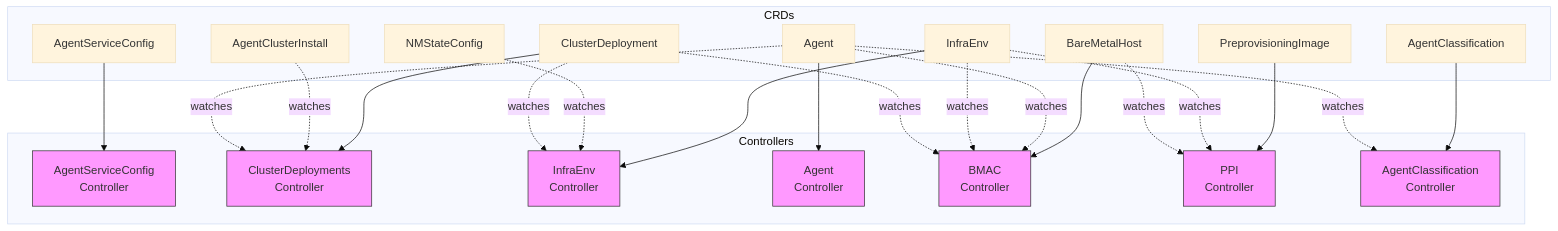
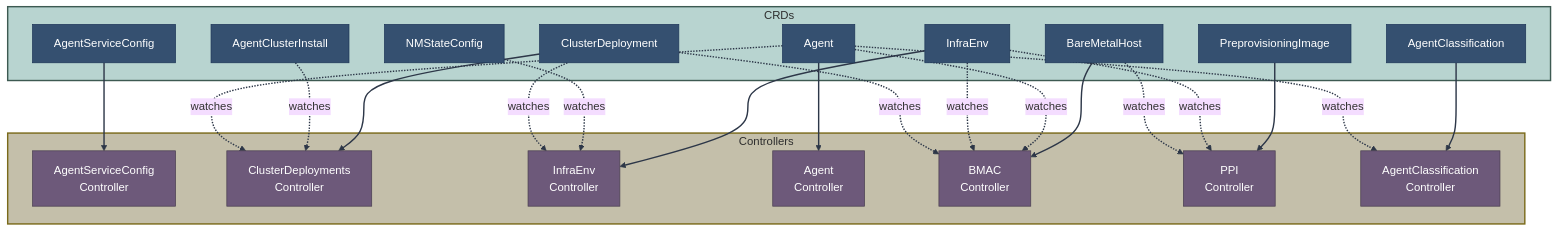
One commit to zszabo-rh/openshift-install-guide changed the seventh of 11 diagrams in 09-diagrams/component-diagrams.md. Above: the diagram before and after it, drawn with Mermaid (base theme). The commit also changed other lines of this file and 16 other files, not shown here.

Commit message:
improved diagram style

````diff
--- a/09-diagrams/component-diagrams.md
+++ b/09-diagrams/component-diagrams.md
@@ -326,56 +438,70 @@
 ```mermaid
 graph TB
-    subgraph "CRDs"
+    subgraph crds["CRDs"]
         ASC[AgentServiceConfig]
         CD[ClusterDeployment]
         ACI[AgentClusterInstall]
         IE[InfraEnv]
         AGENT[Agent]
         BMH[BareMetalHost]
         NMS[NMStateConfig]
         PPI[PreprovisioningImage]
         AC[AgentClassification]
     end
     
-    subgraph "Controllers"
+    subgraph controllers["Controllers"]
         ASCC[AgentServiceConfig<br/>Controller]
         CDC[ClusterDeployments<br/>Controller]
         IEC[InfraEnv<br/>Controller]
         AGENTC[Agent<br/>Controller]
         BMAC[BMAC<br/>Controller]
         PPIC[PPI<br/>Controller]
         ACC[AgentClassification<br/>Controller]
     end
     
     ASC --> ASCC
     
     CD --> CDC
     ACI -.->|watches| CDC
     AGENT -.->|watches| CDC
     
     IE --> IEC
     NMS -.->|watches| IEC
     CD -.->|watches| IEC
     
     AGENT --> AGENTC
     
     BMH --> BMAC
     AGENT -.->|watches| BMAC
     IE -.->|watches| BMAC
     CD -.->|watches| BMAC
     
     PPI --> PPIC
     IE -.->|watches| PPIC
     BMH -.->|watches| PPIC
     
     AC --> ACC
     AGENT -.->|watches| ACC
     
-    style ASCC fill:#f9f,stroke:#333
-    style CDC fill:#f9f,stroke:#333
-    style IEC fill:#f9f,stroke:#333
-    style AGENTC fill:#f9f,stroke:#333
-    style BMAC fill:#f9f,stroke:#333
-    style PPIC fill:#f9f,stroke:#333
-    style ACC fill:#f9f,stroke:#333
+    style ASC fill:#355070,stroke:#1d3557,color:#fff
+    style CD fill:#355070,stroke:#1d3557,color:#fff
+    style ACI fill:#355070,stroke:#1d3557,color:#fff
+    style IE fill:#355070,stroke:#1d3557,color:#fff
+    style AGENT fill:#355070,stroke:#1d3557,color:#fff
+    style BMH fill:#355070,stroke:#1d3557,color:#fff
+    style NMS fill:#355070,stroke:#1d3557,color:#fff
+    style PPI fill:#355070,stroke:#1d3557,color:#fff
+    style AC fill:#355070,stroke:#1d3557,color:#fff
+    style ASCC fill:#6d597a,stroke:#4a3f50,color:#fff
+    style CDC fill:#6d597a,stroke:#4a3f50,color:#fff
+    style IEC fill:#6d597a,stroke:#4a3f50,color:#fff
+    style AGENTC fill:#6d597a,stroke:#4a3f50,color:#fff
+    style BMAC fill:#6d597a,stroke:#4a3f50,color:#fff
+    style PPIC fill:#6d597a,stroke:#4a3f50,color:#fff
+    style ACC fill:#6d597a,stroke:#4a3f50,color:#fff
+    
+    style crds fill:#b8d4d0,stroke:#3d5a52,stroke-width:2px,color:#2d2d2d
+    style controllers fill:#c4bfaa,stroke:#7a6a1a,stroke-width:2px,color:#2d2d2d
+    
+    linkStyle default stroke:#2d3748,stroke-width:2px
 ```
````
